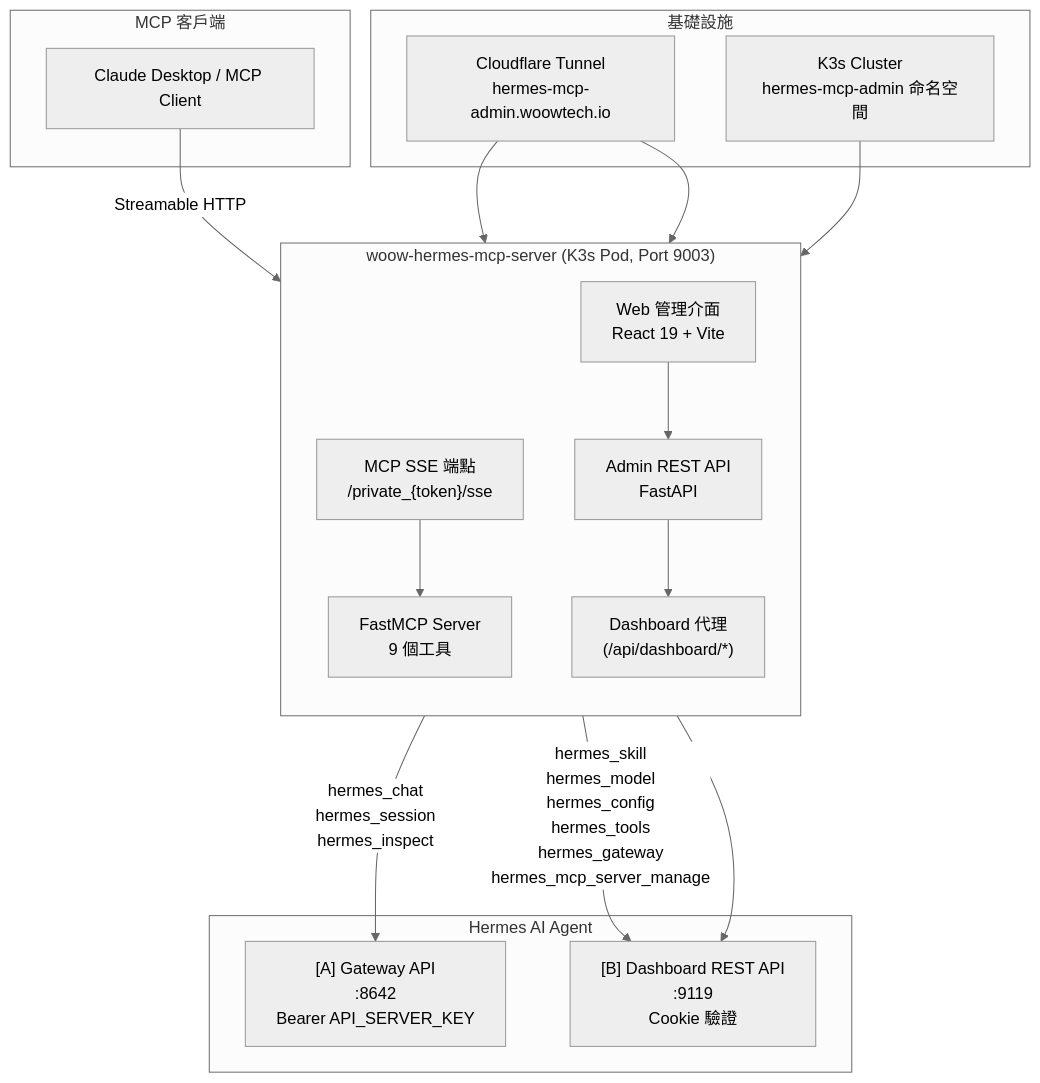
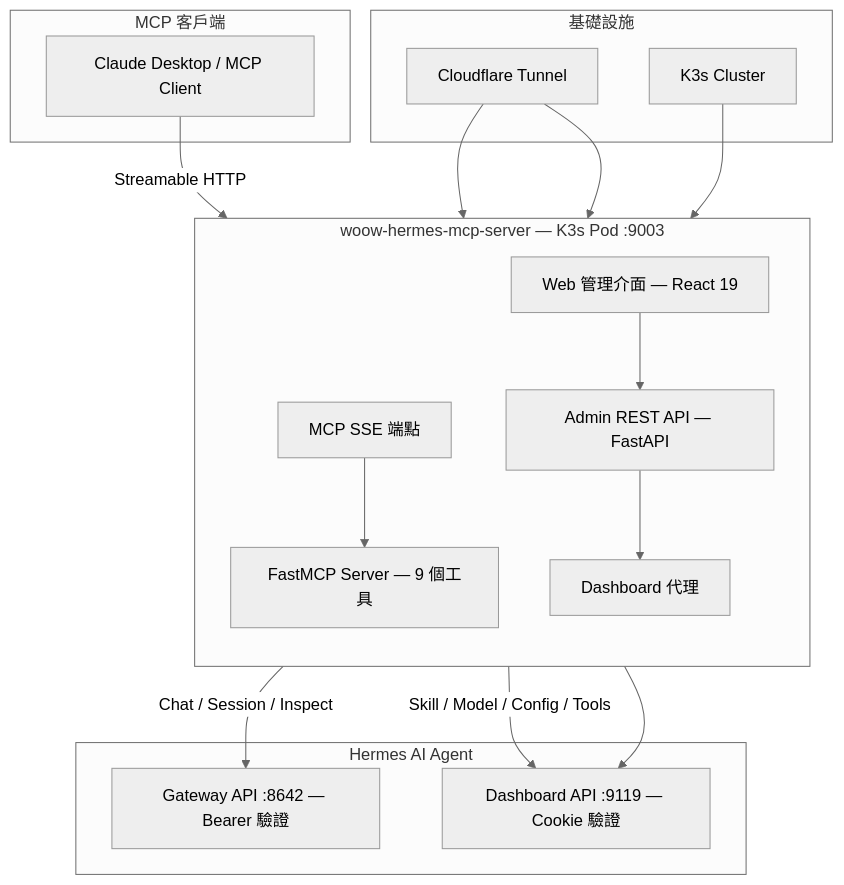
The diagram in README.zh-TW.md (WOOWTECH/woow_hermes_mcp_server), drawn with Mermaid (neutral theme) before and after one commit. The commit also changed 2 other files, not shown here.

Commit message:
fix: Mermaid diagram syntax errors breaking GitHub rendering
- README.md: escape node label CONFIG[/data/config.json] → CONFIG[("config.json")]
  and quote all subgraph names and node labels to avoid parser ambiguity
- README.zh-TW.md: fix unquoted subgraph with Chinese characters,
  remove {token} curly braces that Mermaid interprets as syntax
- docs/ARCHITECTURE.md: replace raw JSON in sequence diagram messages
  with plain text to avoid unquoted curly brace parsing errors

````diff
--- a/README.zh-TW.md
+++ b/README.zh-TW.md
@@ -106,36 +106,36 @@
 ```mermaid
 graph TB
-    subgraph MCP 客戶端
+    subgraph Clients["MCP 客戶端"]
         Claude["Claude Desktop / MCP Client"]
     end
 
-    subgraph woow-hermes-mcp-server ["woow-hermes-mcp-server (K3s Pod, Port 9003)"]
+    subgraph Server["woow-hermes-mcp-server — K3s Pod :9003"]
         direction TB
-        SSE["MCP SSE 端點<br/>/private_{token}/sse"]
-        FastMCP["FastMCP Server<br/>9 個工具"]
-        AdminGUI["Web 管理介面<br/>React 19 + Vite"]
-        AdminAPI["Admin REST API<br/>FastAPI"]
-        Proxy["Dashboard 代理<br/>(/api/dashboard/*)"]
+        SSE["MCP SSE 端點"]
+        FastMCP["FastMCP Server — 9 個工具"]
+        AdminGUI["Web 管理介面 — React 19"]
+        AdminAPI["Admin REST API — FastAPI"]
+        Proxy["Dashboard 代理"]
     end
 
-    subgraph Hermes Agent ["Hermes AI Agent"]
-        GW["[A] Gateway API<br/>:8642<br/>Bearer API_SERVER_KEY"]
-        DB["[B] Dashboard REST API<br/>:9119<br/>Cookie 驗證"]
+    subgraph HermesAgent["Hermes AI Agent"]
+        GW["Gateway API :8642 — Bearer 驗證"]
+        DB["Dashboard API :9119 — Cookie 驗證"]
     end
 
-    subgraph Infra ["基礎設施"]
-        CF["Cloudflare Tunnel<br/>hermes-mcp-admin.woowtech.io"]
-        K3s["K3s Cluster<br/>hermes-mcp-admin 命名空間"]
+    subgraph Infra["基礎設施"]
+        CF["Cloudflare Tunnel"]
+        K3s["K3s Cluster"]
     end
 
     Claude -->|"Streamable HTTP"| SSE
     SSE --> FastMCP
-    FastMCP -->|"hermes_chat<br/>hermes_session<br/>hermes_inspect"| GW
-    FastMCP -->|"hermes_skill<br/>hermes_model<br/>hermes_config<br/>hermes_tools<br/>hermes_gateway<br/>hermes_mcp_server_manage"| DB
+    FastMCP -->|"Chat / Session / Inspect"| GW
+    FastMCP -->|"Skill / Model / Config / Tools"| DB
     AdminGUI --> AdminAPI
     AdminAPI --> Proxy
     Proxy --> DB
     CF --> SSE
     CF --> AdminGUI
-    K3s --> woow-hermes-mcp-server
+    K3s --> Server
 ```
````
